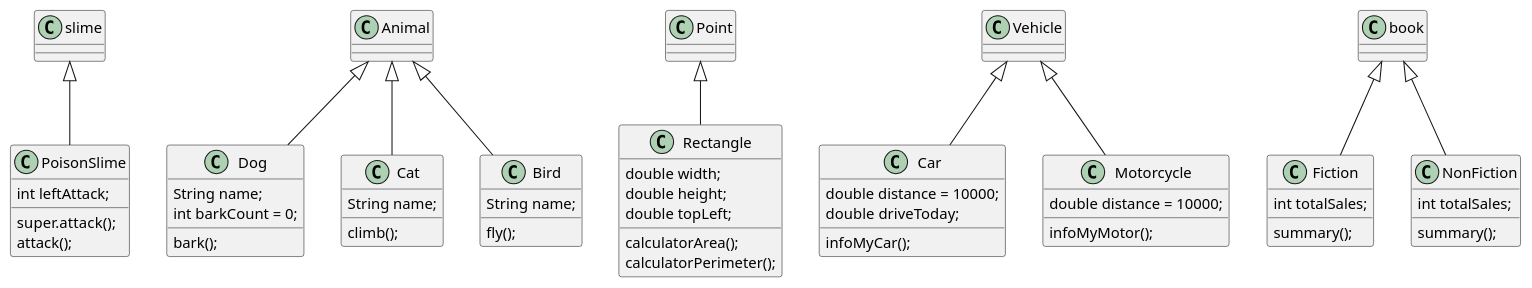
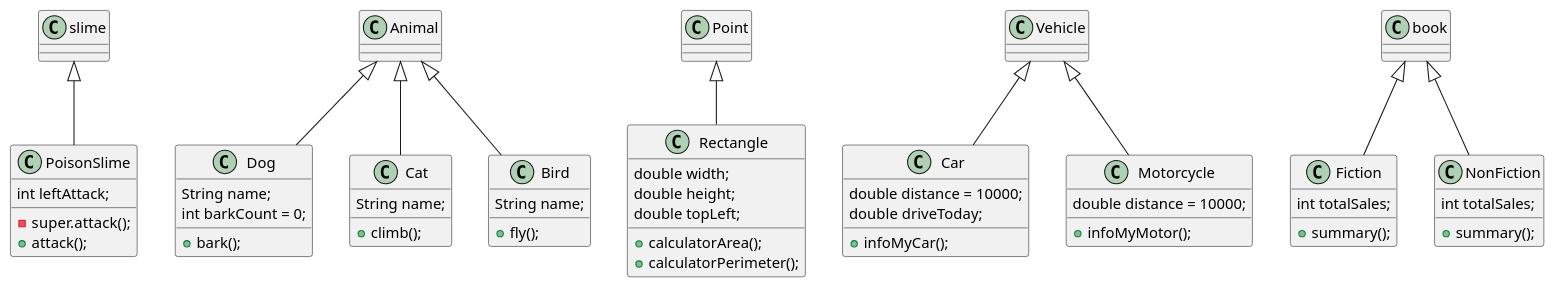
One commit to orm-camp-flutter-2ki/learn_dart_together changed the diagram in lib/24_03_12/class_diagram.puml. Above: the diagram before and after it, drawn with PlantUML.

Commit message:
240312 연습문제 PR이슈로 다시 커밋해서 올립니다.

```diff
--- a/lib/24_03_12/class_diagram.puml
+++ b/lib/24_03_12/class_diagram.puml
@@ -1,52 +1,53 @@
 @startuml
 
 class PoisonSlime extends slime{
     int leftAttack;
-    super.attack();
-    attack();
+    -super.attack();
+    +attack();
 }
 
 class Dog extends Animal {
     String name;
     int barkCount = 0;
-    bark();
+    +bark();
 }
 
 class Cat extends Animal {
     String name;
-    climb();
+    +climb();
 }
 class Bird extends Animal {
     String name;
-    fly();
+    +fly();
 }
 
 class Rectangle extends Point {
     double width;
     double height;
     double topLeft;
-    calculatorArea();
-    calculatorPerimeter();
+    +calculatorArea();
+    +calculatorPerimeter();
 }
 
 class Car extends Vehicle {
     double distance = 10000;
     double driveToday;
-    infoMyCar();
+    +infoMyCar();
 }
 
 class Motorcycle extends Vehicle {
     double distance = 10000;
-    infoMyMotor();
+    +infoMyMotor();
 }
 
 class Fiction extends book {
     int totalSales;
-    summary();
+    +summary();
 }
 class NonFiction extends book {
     int totalSales;
-    summary();
+    +summary();
+
 }
 
 @enduml
```
